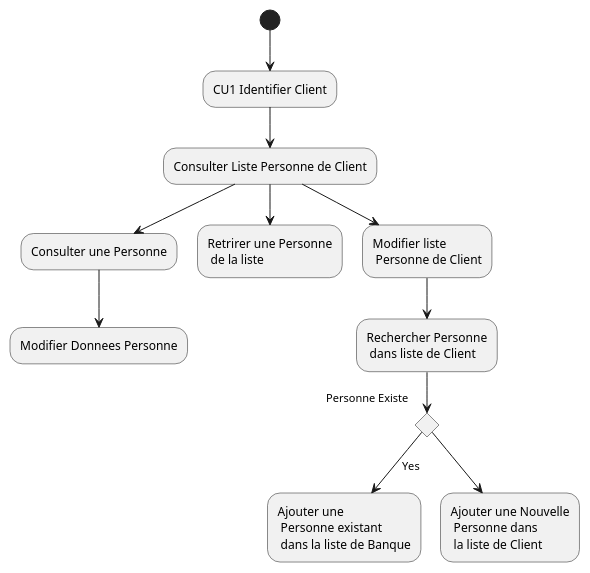
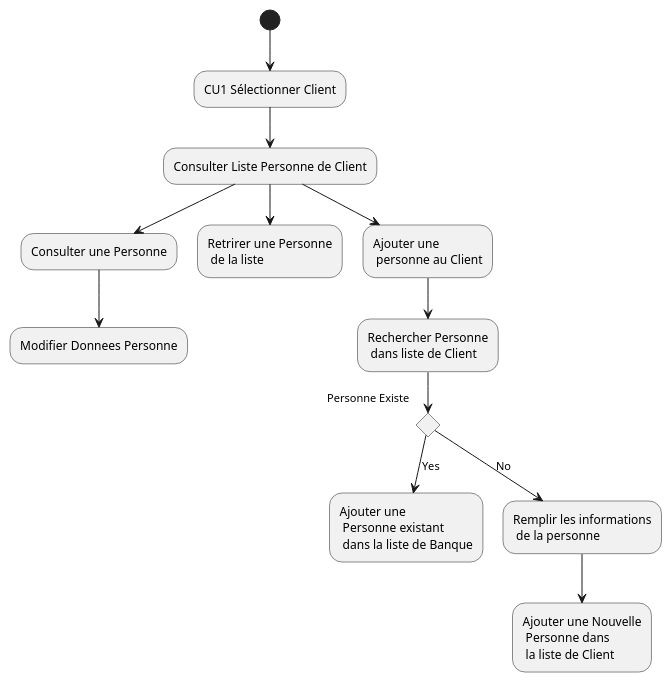
One commit to HZjiadong/PLD-MARS changed the diagram in src/documentation/CU2-DA.puml. Above: the diagram before and after it, drawn with PlantUML. The commit also changed 3 other files, not shown here.

```diff
--- a/src/documentation/CU2-DA.puml
+++ b/src/documentation/CU2-DA.puml
@@ -1,19 +1,20 @@
 @startuml
-(*) --> "CU1 Identifier Client"
+(*) --> "CU1 Sélectionner Client"
 --> "Consulter Liste Personne de Client"
 
 "Consulter Liste Personne de Client" --> "Consulter une Personne"
 "Consulter Liste Personne de Client" --> "Retrirer une Personne\n de la liste"
-"Consulter Liste Personne de Client" --> "Modifier liste\n Personne de Client"
+"Consulter Liste Personne de Client" --> "Ajouter une\n personne au Client"
 
 "Consulter une Personne"--> "Modifier Donnees Personne"
 
 
-"Modifier liste\n Personne de Client"--> "Rechercher Personne\n dans liste de Client"
+"Ajouter une\n personne au Client"--> "Rechercher Personne\n dans liste de Client"
 If "Personne Existe"
 -->[Yes] "Ajouter une\n Personne existant\n dans la liste de Banque"
 else
--->"Ajouter une Nouvelle\n Personne dans\n la liste de Client"
+-->[No] "Remplir les informations\n de la personne"
+--> "Ajouter une Nouvelle\n Personne dans\n la liste de Client"
 
 
 @enduml
```
